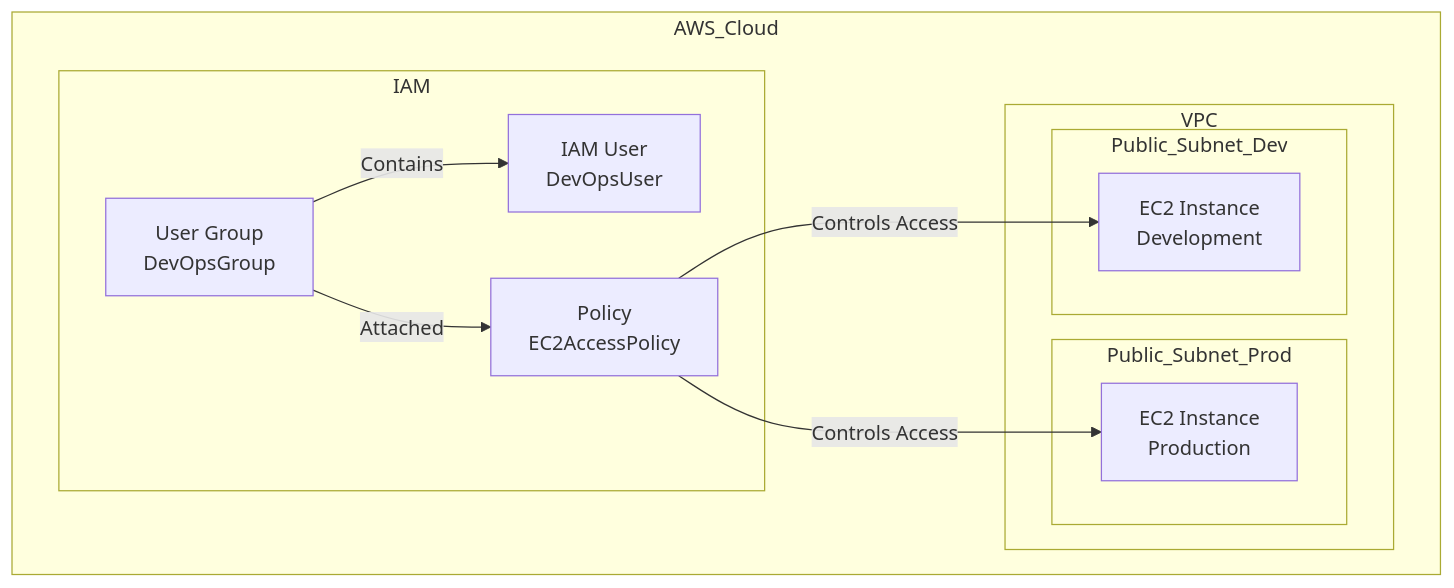
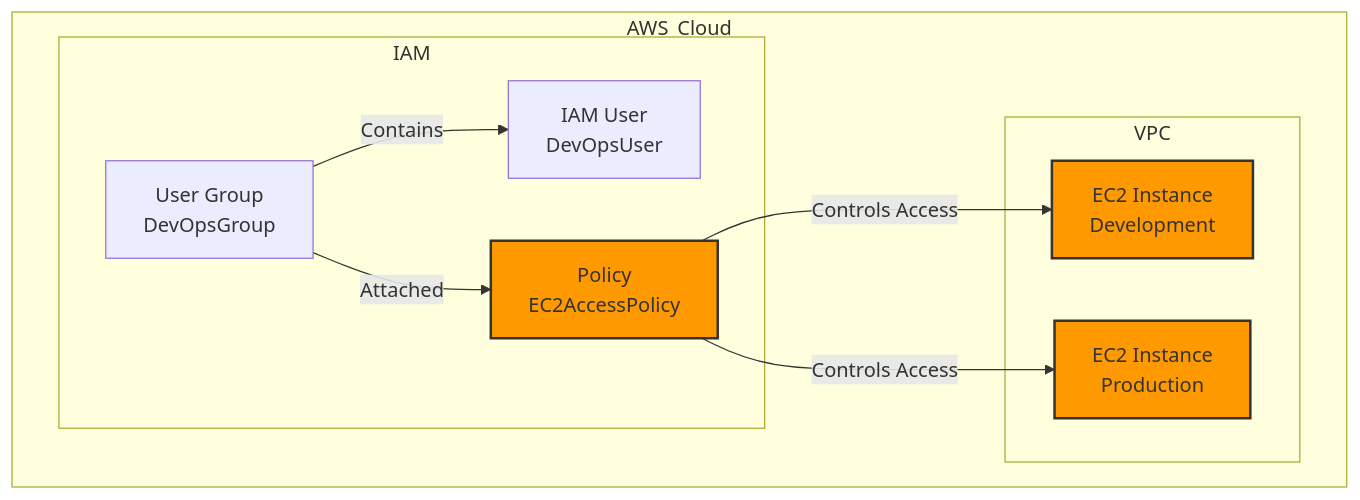
One commit to whenzvarrerz/Security---Amazon-Web-Services changed the diagram in Cloud Security with AWS IAM/ArchitectureDiagram.md. Above: the diagram before and after it, drawn with Mermaid.

````diff
--- a/Cloud Security with AWS IAM/ArchitectureDiagram.md
+++ b/Cloud Security with AWS IAM/ArchitectureDiagram.md
@@ -1,22 +1,20 @@
 ```mermaid
 graph TD
     subgraph AWS_Cloud
         subgraph VPC
-            subgraph Public_Subnet_Dev
-                EC2_Dev[EC2 Instance<br>Development]
-            end
-            subgraph Public_Subnet_Prod
-                EC2_Prod[EC2 Instance<br>Production]
-            end
+            EC2_Dev[EC2 Instance<br>Development]
+            EC2_Prod[EC2 Instance<br>Production]
         end
         subgraph IAM
             UserGroup[User Group<br>DevOpsGroup]
             IAMUser[IAM User<br>DevOpsUser]
             IAMPolicy[Policy<br>EC2AccessPolicy]
             UserGroup -->|Contains| IAMUser
             UserGroup -->|Attached| IAMPolicy
         end
         IAMPolicy -->|Controls Access| EC2_Dev
         IAMPolicy -->|Controls Access| EC2_Prod
     end
+    classDef aws fill:#FF9900,stroke:#333,stroke-width:2px;
+    class EC2_Dev,EC2_Prod,IAMPolicy aws;
 ```
````
